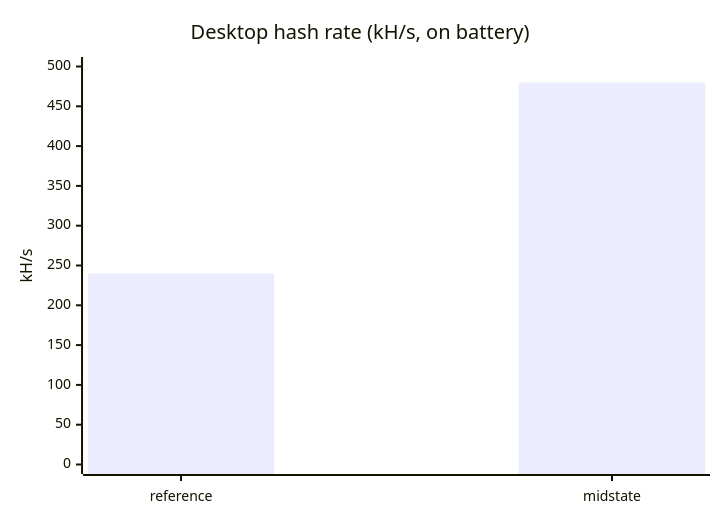
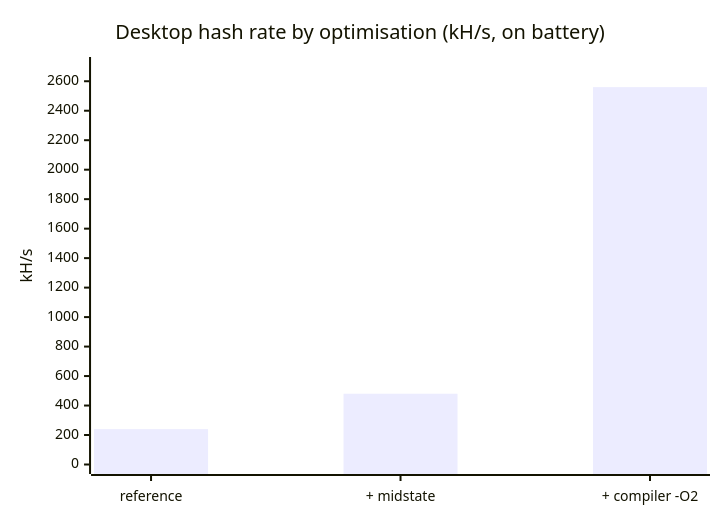
Before and after one commit to Adriaan-Cloet/ESP32-BitcoinMiner: the first of 3 diagrams in README.md, drawn with Mermaid. The commit also changed other lines of this file and 2 other files, not shown here.

Commit message:
Select SHA-256 implementation via menuconfig, default C & rewrite readme with measurements and charts

````diff
--- a/README.md
+++ b/README.md
@@ -98,7 +115,7 @@
 ```mermaid
 xychart-beta
-    title "Desktop hash rate (kH/s, on battery)"
-    x-axis ["reference", "midstate"]
-    y-axis "kH/s" 0 --> 500
-    bar [240, 480]
+    title "Desktop hash rate by optimisation (kH/s, on battery)"
+    x-axis ["reference", "+ midstate", "+ compiler -O2"]
+    y-axis "kH/s" 0 --> 2700
+    bar [240, 480, 2560]
 ```
````
